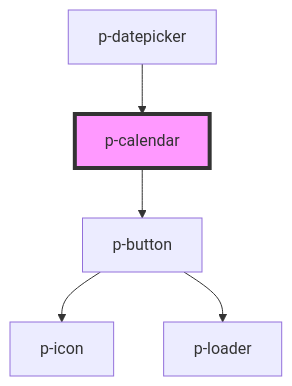
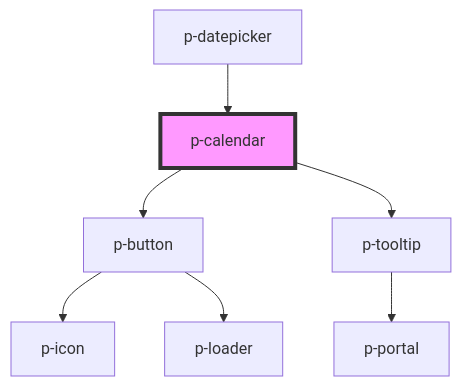
The diagram in packages/core/src/components/molecules/calendar/readme.md (Employes/Paperless), drawn with Mermaid before and after one commit. The commit also changed other lines of this file and 7 other files, not shown here.

````diff
--- a/packages/core/src/components/molecules/calendar/readme.md
+++ b/packages/core/src/components/molecules/calendar/readme.md
@@ -40,8 +43,10 @@
 ```mermaid
 graph TD;
   p-calendar --> p-button
+  p-calendar --> p-tooltip
   p-button --> p-icon
   p-button --> p-loader
+  p-tooltip --> p-portal
   p-datepicker --> p-calendar
   style p-calendar fill:#f9f,stroke:#333,stroke-width:4px
 ```
````
